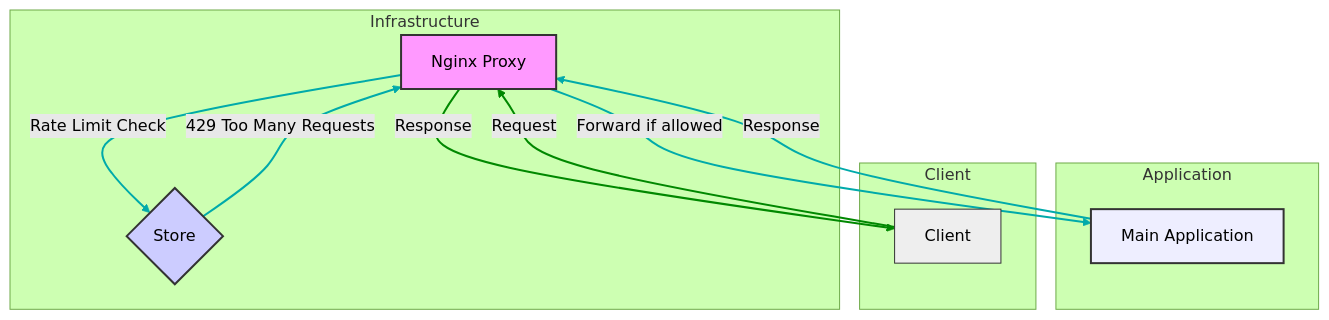
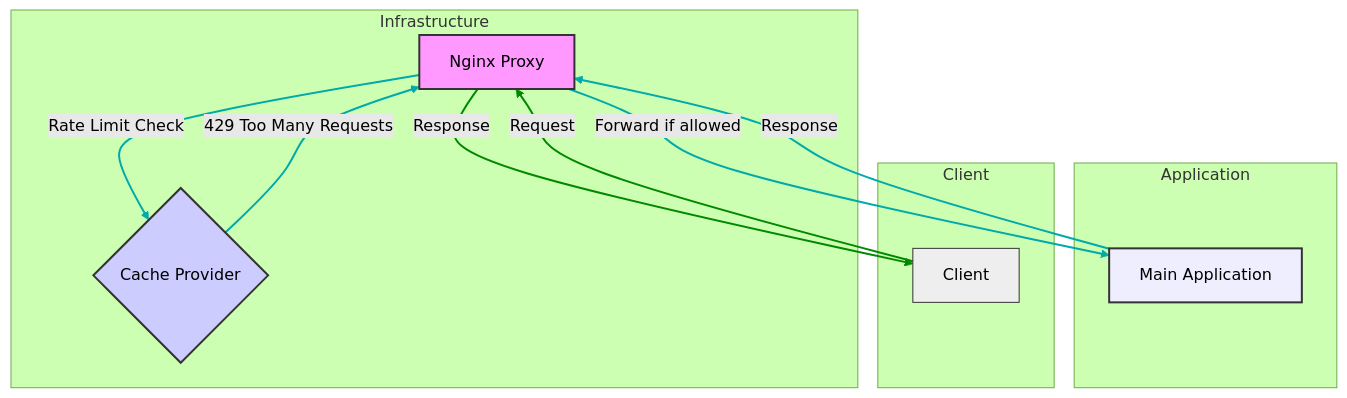
One commit to omarfawzi/Nginx-Ratelimiter-Proxy changed the first of 2 diagrams in Readme.md. Above: the diagram before and after it, drawn with Mermaid (forest theme).

````diff
--- a/Readme.md
+++ b/Readme.md
@@ -20,42 +20,42 @@
 ```mermaid
 graph TD
    subgraph Infrastructure
-      B[Nginx Proxy] -- Rate Limit Check --> C{Store}
+      B[Nginx Proxy] -- Rate Limit Check --> C{Cache Provider}
       C -- 429 Too Many Requests --> B
 
       style B fill:#f9f,stroke:#333,stroke-width:2px
       style C fill:#ccf,stroke:#333,stroke-width:2px
       style B fill:#f9f,stroke:#333,stroke-width:2px
       classDef rate_limiting fill:#ffc,stroke:#333;
       class C rate_limiting
    end
 
    subgraph Application
       E[Main Application]
       style E fill:#eef,stroke:#333,stroke-width:2px
    end
 
    B -- Forward if allowed --> E
    E -- Response --> B
    B -- Response --> A
    A -- Request --> B
 
    classDef external fill:#eee,stroke:#333
    class A external
 
    classDef container fill:#ccf,stroke:#333
    class E container
 
    classDef proxy fill:#f9f,stroke:#333
    class B proxy
 
    linkStyle 0,1,2,3 stroke:#0aa,stroke-width:2px;
    linkStyle 4,5 stroke:#080,stroke-width:2px;
    
    classDef cache fill:#ddf,stroke:#333
    class D1,D2,D3 cache
 
    subgraph Client
       A[Client]
    end
 ```
````
